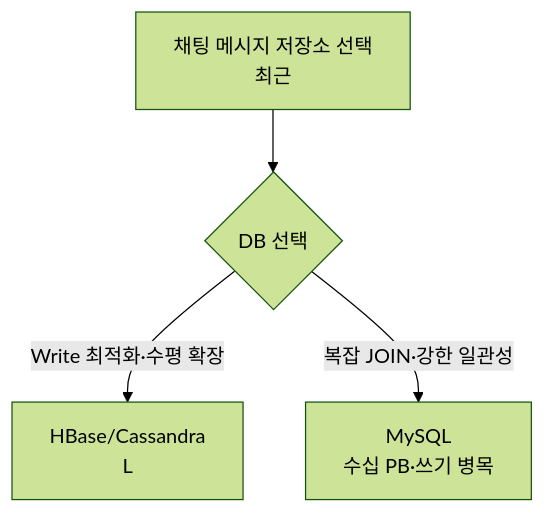
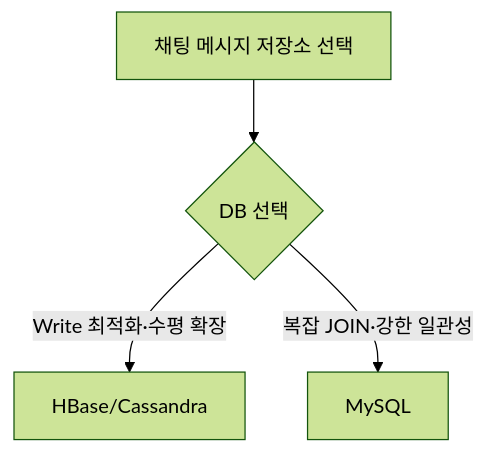
One commit to yjkim2015/yjkim2015.github.io changed the sixth of 9 diagrams in _posts/systemdesign/2026-05-02-system-design-chat.md. Above: the diagram before and after it, drawn with Mermaid (forest theme). The commit also changed other lines of this file and 217 other files, not shown here.

First line of the commit message:
Mermaid 크기 수정: useMaxWidth:true + SVG max-width:100% + 라벨 축소

````diff
--- a/_posts/systemdesign/2026-05-02-system-design-chat.md
+++ b/_posts/systemdesign/2026-05-02-system-design-chat.md
@@ -253,6 +253,6 @@
 ```mermaid
 graph TD
-    A["채팅 메시지 저장소 선택\n최근"] --> B{"DB 선택"}
-    B -->|"Write 최적화·수평 확장"| C["HBase/Cassandra\nL"]
-    B -->|"복잡 JOIN·강한 일관성"| D["MySQL\n수십 PB·쓰기 병목"]
+    A["채팅 메시지 저장소 선택"] --> B{"DB 선택"}
+    B -->|"Write 최적화·수평 확장"| C["HBase/Cassandra"]
+    B -->|"복잡 JOIN·강한 일관성"| D["MySQL"]
 ```
````
